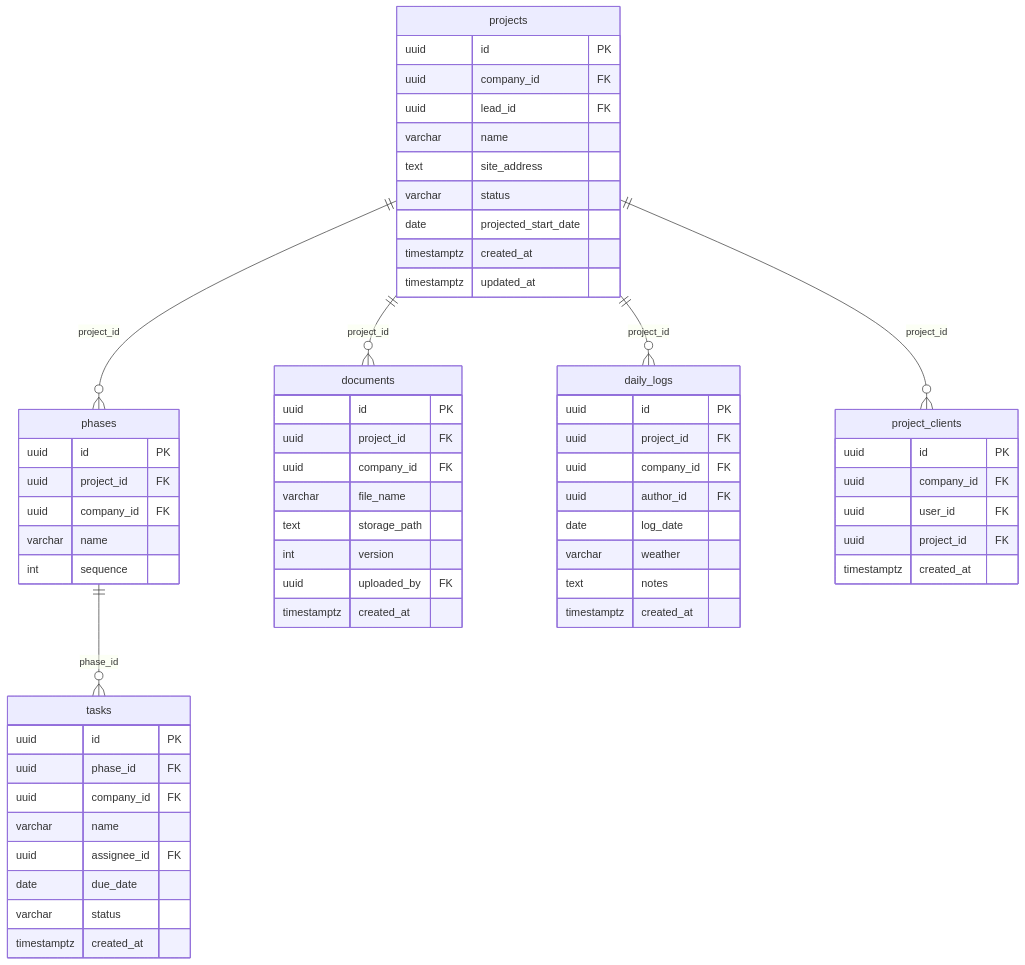
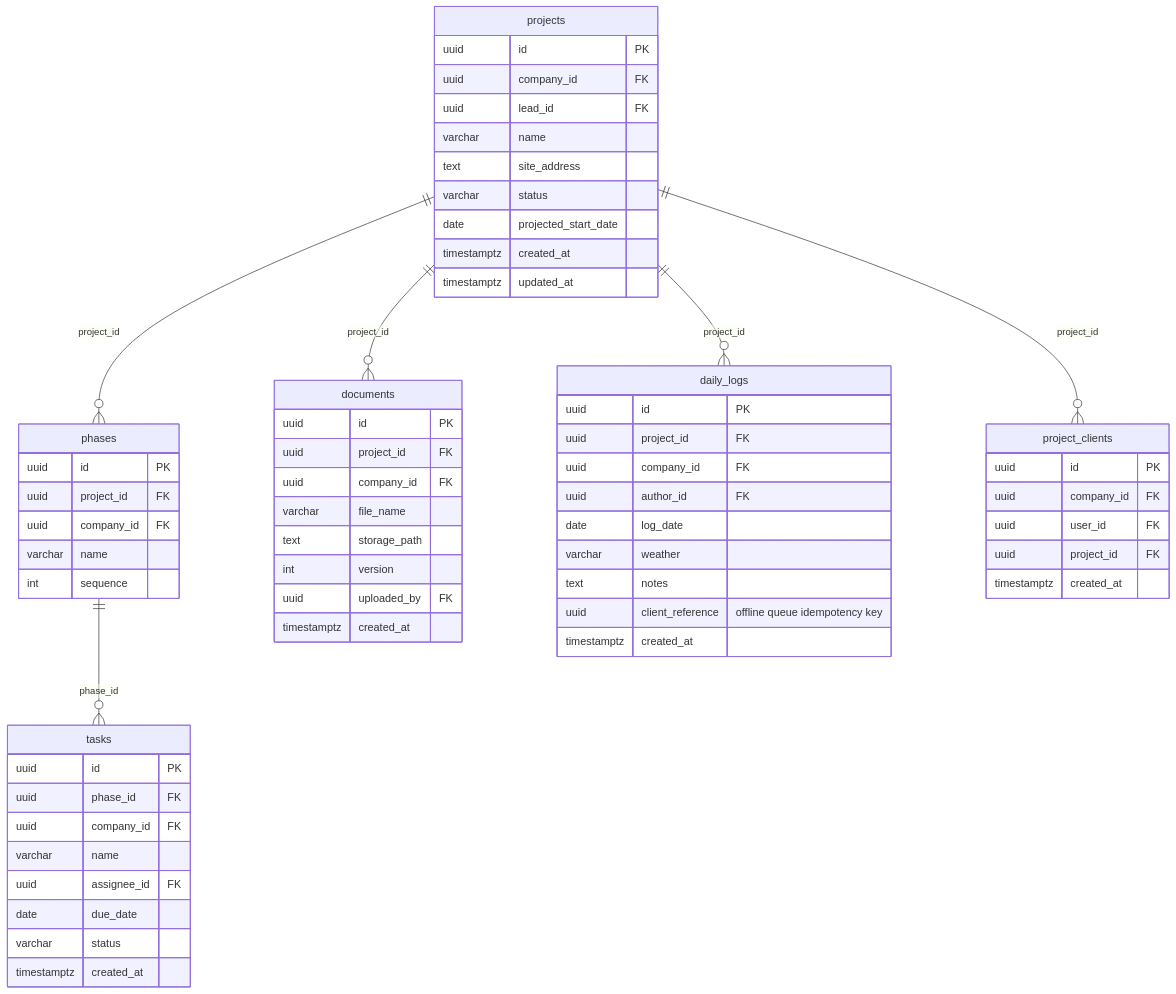
Before and after one commit to ETXSVC/New_Builders_Stream: the fourth of 13 diagrams in docs/13-database-erd.md, drawn with Mermaid. The commit also changed other lines of this file and 26 other files, not shown here.

````diff
--- a/docs/13-database-erd.md
+++ b/docs/13-database-erd.md
@@ -206,64 +208,65 @@
 ```mermaid
 erDiagram
     projects {
         uuid id "PK"
         uuid company_id "FK"
         uuid lead_id "FK"
         varchar name
         text site_address
         varchar status
         date projected_start_date
         timestamptz created_at
         timestamptz updated_at
     }
     phases {
         uuid id "PK"
         uuid project_id "FK"
         uuid company_id "FK"
         varchar name
         int sequence
     }
     tasks {
         uuid id "PK"
         uuid phase_id "FK"
         uuid company_id "FK"
         varchar name
         uuid assignee_id "FK"
         date due_date
         varchar status
         timestamptz created_at
     }
     documents {
         uuid id "PK"
         uuid project_id "FK"
         uuid company_id "FK"
         varchar file_name
         text storage_path
         int version
         uuid uploaded_by "FK"
         timestamptz created_at
     }
     daily_logs {
         uuid id "PK"
         uuid project_id "FK"
         uuid company_id "FK"
         uuid author_id "FK"
         date log_date
         varchar weather
         text notes
+        uuid client_reference "offline queue idempotency key"
         timestamptz created_at
     }
     project_clients {
         uuid id "PK"
         uuid company_id "FK"
         uuid user_id "FK"
         uuid project_id "FK"
         timestamptz created_at
     }
 
     projects ||--o{ daily_logs : "project_id"
     projects ||--o{ documents : "project_id"
     projects ||--o{ phases : "project_id"
     projects ||--o{ project_clients : "project_id"
     phases ||--o{ tasks : "phase_id"
 ```
````
